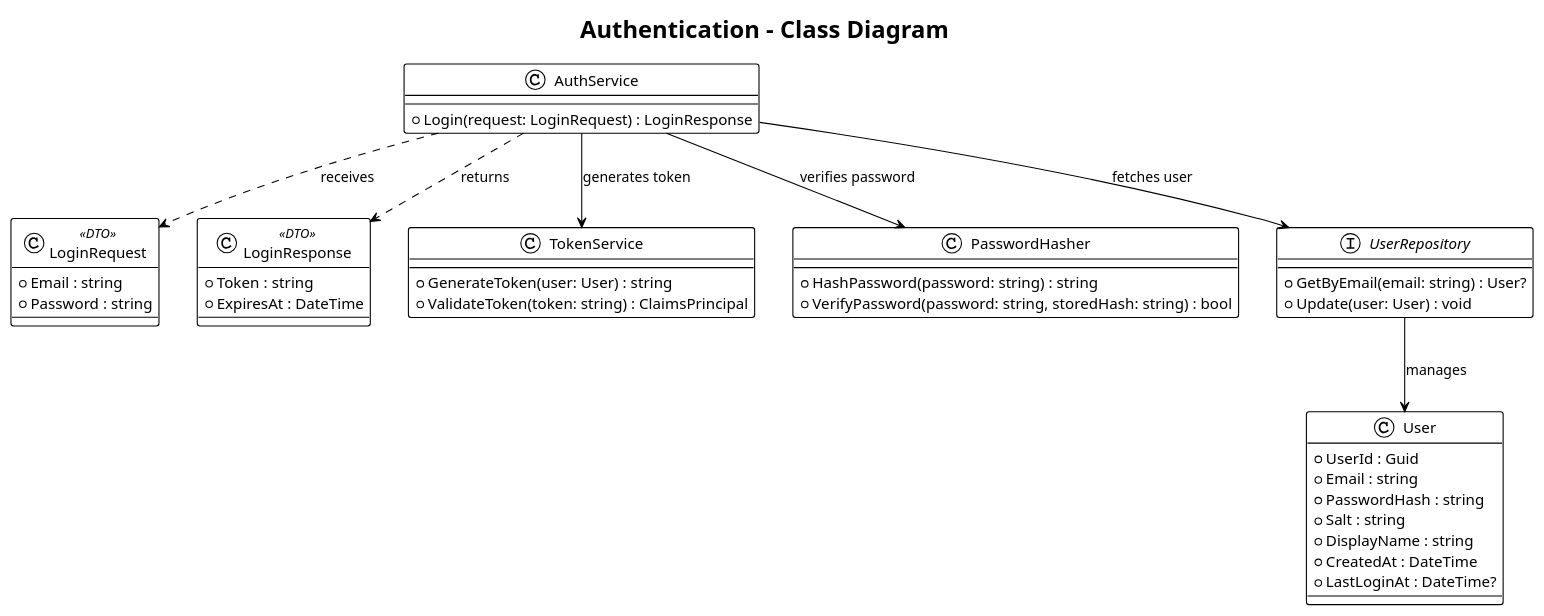
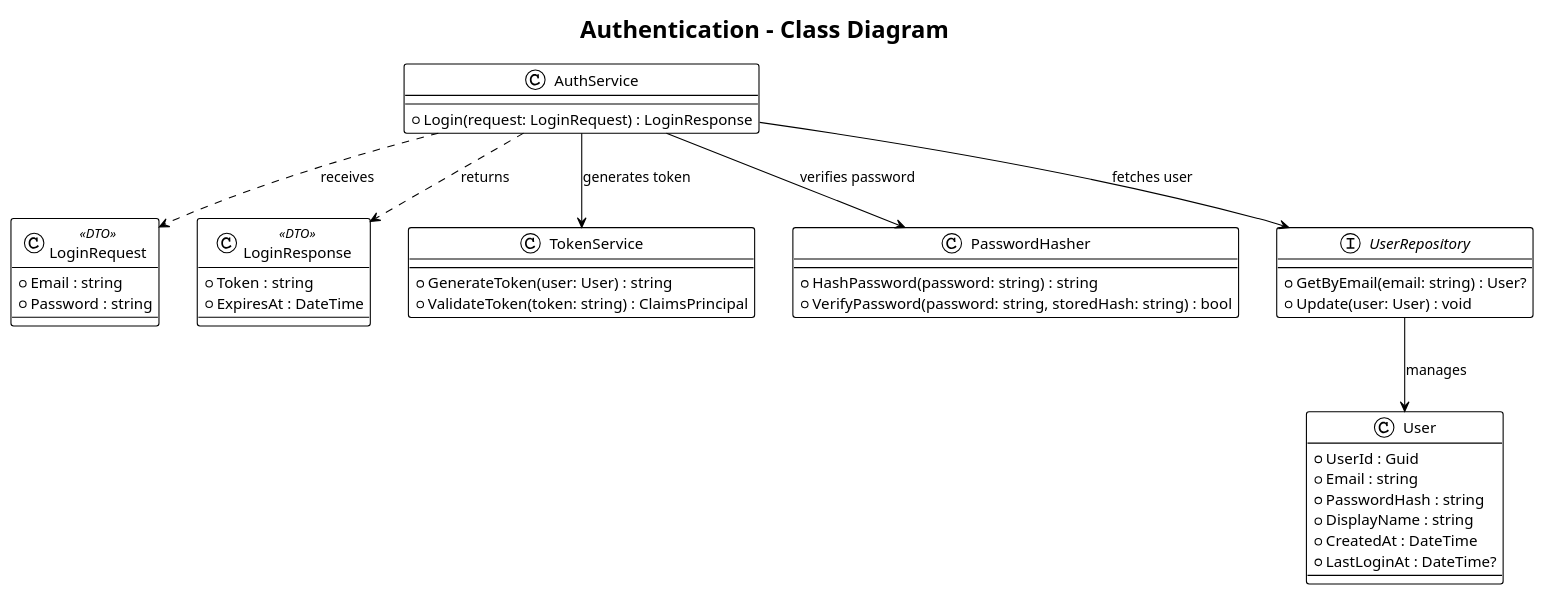
Before and after one commit to QuinntyneBrown/Blog: the diagram in docs/detailed-designs/01-authentication/diagrams/class_diagram.puml, drawn with PlantUML. The commit also changed 9 other files, not shown here.

```diff
--- a/docs/detailed-designs/01-authentication/diagrams/class_diagram.puml
+++ b/docs/detailed-designs/01-authentication/diagrams/class_diagram.puml
@@ -1,53 +1,52 @@
 @startuml class_diagram
 !theme plain
 
 title Authentication - Class Diagram
 
 class User {
     +UserId : Guid
     +Email : string
     +PasswordHash : string
-    +Salt : string
     +DisplayName : string
     +CreatedAt : DateTime
     +LastLoginAt : DateTime?
 }
 
 class LoginRequest <<DTO>> {
     +Email : string
     +Password : string
 }
 
 class LoginResponse <<DTO>> {
     +Token : string
     +ExpiresAt : DateTime
 }
 
 class AuthService {
     +Login(request: LoginRequest) : LoginResponse
 }
 
 class TokenService {
     +GenerateToken(user: User) : string
     +ValidateToken(token: string) : ClaimsPrincipal
 }
 
 class PasswordHasher {
     +HashPassword(password: string) : string
     +VerifyPassword(password: string, storedHash: string) : bool
 }
 
 AuthService --> UserRepository : fetches user
 AuthService --> PasswordHasher : verifies password
 AuthService --> TokenService : generates token
 AuthService ..> LoginRequest : receives
 AuthService ..> LoginResponse : returns
 
 interface UserRepository {
     +GetByEmail(email: string) : User?
     +Update(user: User) : void
 }
 
 UserRepository --> User : manages
 
 @enduml
```
